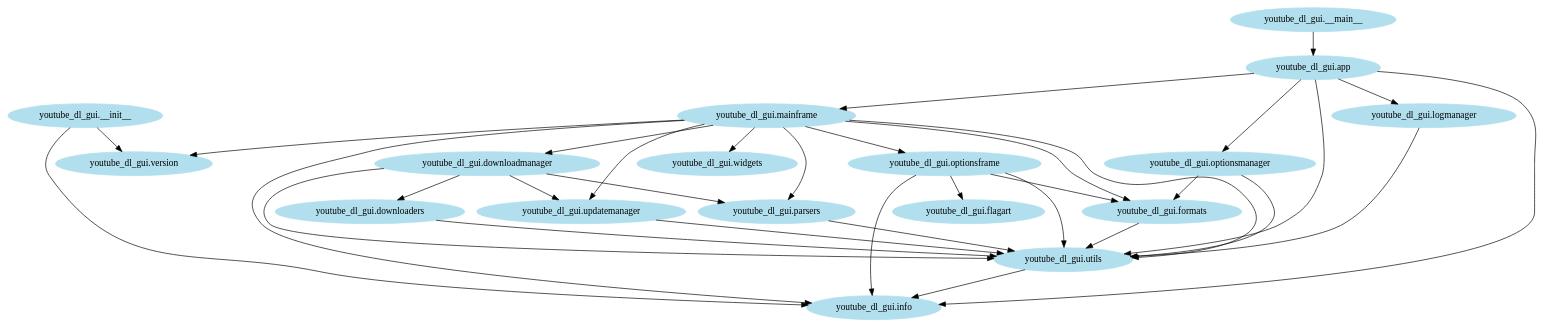
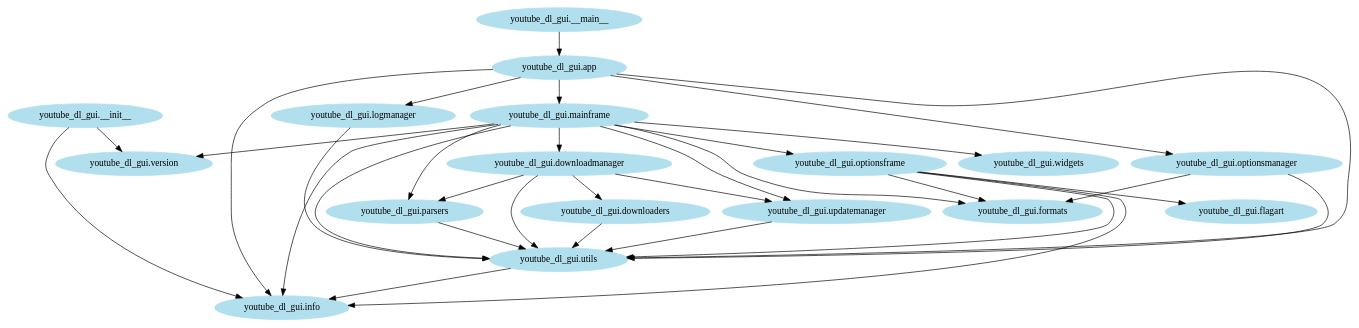
The diagram in docs/youtube_dl_gui.dot (yt-dlg/yt-dlg), drawn with Graphviz before and after one commit. The commit also changed 1 other file, not shown here.

```diff
--- a/docs/youtube_dl_gui.dot
+++ b/docs/youtube_dl_gui.dot
@@ -1,38 +1,37 @@
 digraph "" {
 	node [color=lightblue2,
 		style=filled
 	];
 	"youtube_dl_gui.app" -> "youtube_dl_gui.info";
 	"youtube_dl_gui.app" -> "youtube_dl_gui.logmanager";
 	"youtube_dl_gui.app" -> "youtube_dl_gui.mainframe";
 	"youtube_dl_gui.app" -> "youtube_dl_gui.optionsmanager";
 	"youtube_dl_gui.app" -> "youtube_dl_gui.utils";
 	"youtube_dl_gui.logmanager" -> "youtube_dl_gui.utils";
 	"youtube_dl_gui.mainframe" -> "youtube_dl_gui.info";
 	"youtube_dl_gui.mainframe" -> "youtube_dl_gui.utils";
 	"youtube_dl_gui.mainframe" -> "youtube_dl_gui.downloadmanager";
 	"youtube_dl_gui.mainframe" -> "youtube_dl_gui.parsers";
 	"youtube_dl_gui.mainframe" -> "youtube_dl_gui.updatemanager";
 	"youtube_dl_gui.mainframe" -> "youtube_dl_gui.formats";
 	"youtube_dl_gui.mainframe" -> "youtube_dl_gui.optionsframe";
 	"youtube_dl_gui.mainframe" -> "youtube_dl_gui.version";
 	"youtube_dl_gui.mainframe" -> "youtube_dl_gui.widgets";
 	"youtube_dl_gui.optionsmanager" -> "youtube_dl_gui.utils";
 	"youtube_dl_gui.optionsmanager" -> "youtube_dl_gui.formats";
 	"youtube_dl_gui.utils" -> "youtube_dl_gui.info";
 	"youtube_dl_gui.downloaders" -> "youtube_dl_gui.utils";
 	"youtube_dl_gui.downloadmanager" -> "youtube_dl_gui.utils";
 	"youtube_dl_gui.downloadmanager" -> "youtube_dl_gui.downloaders";
 	"youtube_dl_gui.downloadmanager" -> "youtube_dl_gui.parsers";
 	"youtube_dl_gui.downloadmanager" -> "youtube_dl_gui.updatemanager";
 	"youtube_dl_gui.parsers" -> "youtube_dl_gui.utils";
 	"youtube_dl_gui.updatemanager" -> "youtube_dl_gui.utils";
-	"youtube_dl_gui.formats" -> "youtube_dl_gui.utils";
 	"youtube_dl_gui.optionsframe" -> "youtube_dl_gui.info";
 	"youtube_dl_gui.optionsframe" -> "youtube_dl_gui.utils";
 	"youtube_dl_gui.optionsframe" -> "youtube_dl_gui.formats";
 	"youtube_dl_gui.optionsframe" -> "youtube_dl_gui.flagart";
 	"youtube_dl_gui.__init__" -> "youtube_dl_gui.info";
 	"youtube_dl_gui.__init__" -> "youtube_dl_gui.version";
 	"youtube_dl_gui.__main__" -> "youtube_dl_gui.app";
 }
```
